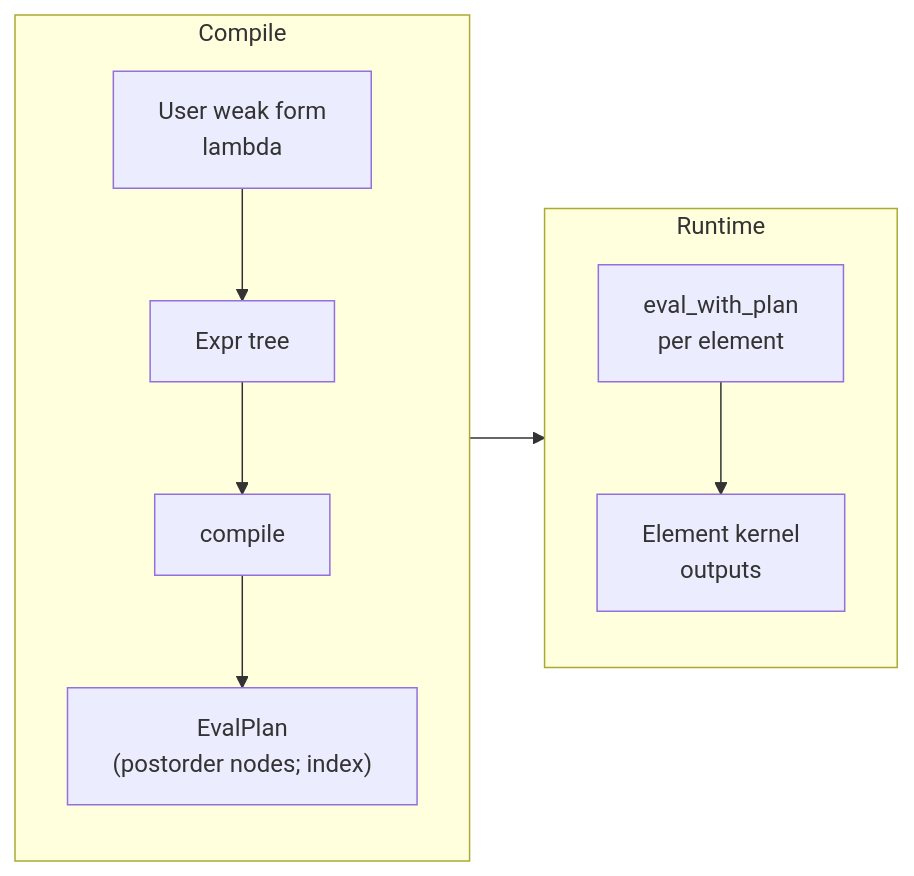
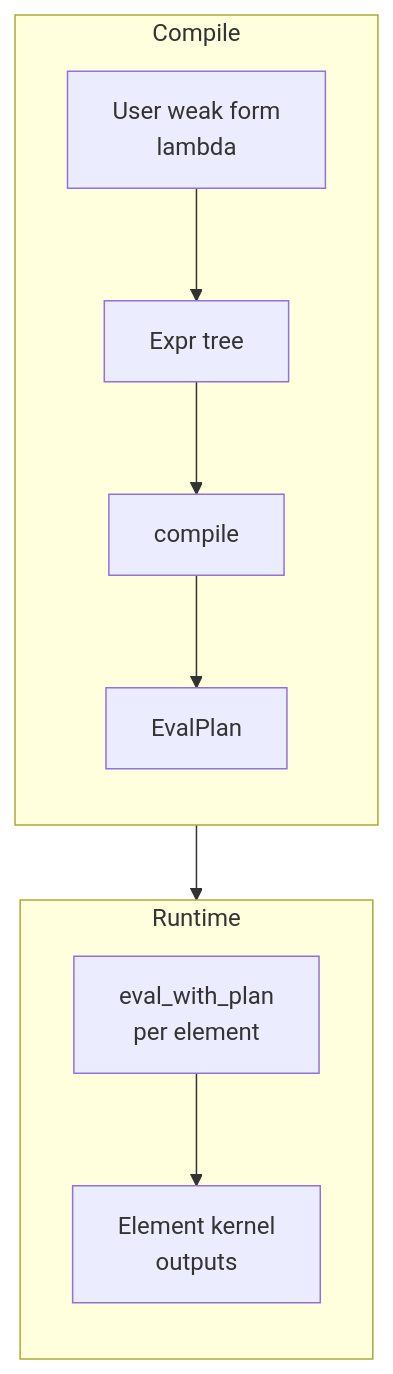
One commit to kevin-tofu/fluxfem changed the diagram in README.md. Above: the diagram before and after it, drawn with Mermaid.

Commit message:
test marmaid

````diff
--- a/README.md
+++ b/README.md
@@ -48,20 +48,21 @@
 ```mermaid
-flowchart LR
+flowchart TB
+
   subgraph Compile
     direction TB
     A["User weak form<br/>lambda"]
     B["Expr tree"]
     C["compile"]
-    D["EvalPlan<br/>(postorder nodes; index)"]
+    D["EvalPlan"]
     A --> B --> C --> D
   end
 
   subgraph Runtime
     direction TB
     E["eval_with_plan<br/>per element"]
     F["Element kernel<br/>outputs"]
     E --> F
   end
 
   D --> E
 ```
````
